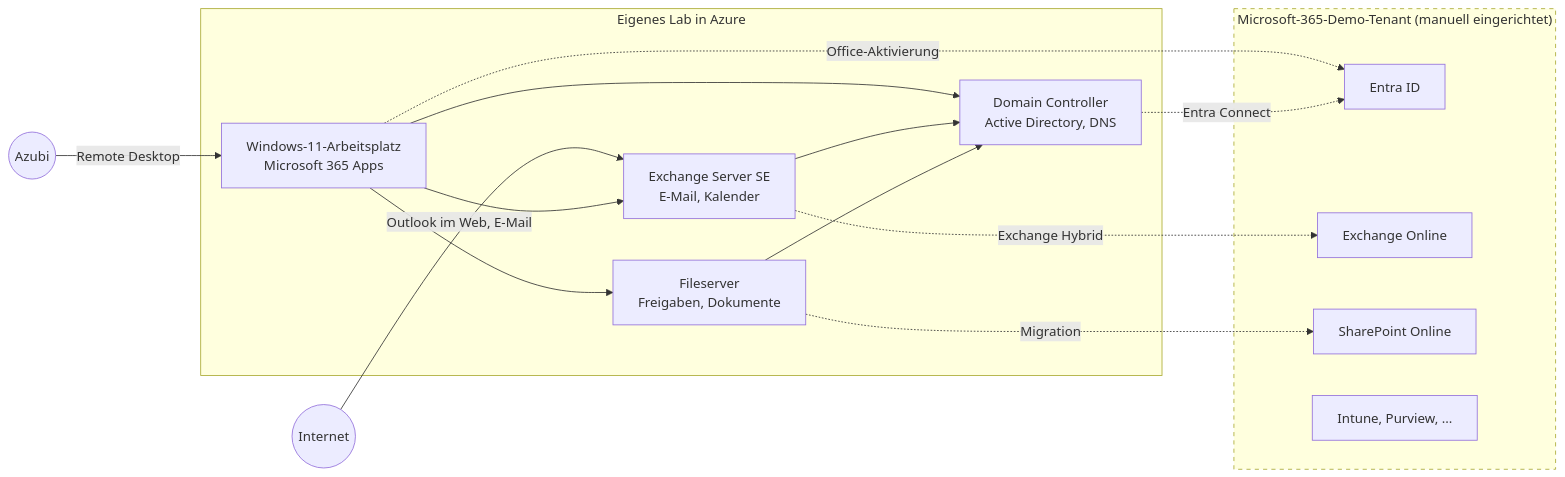
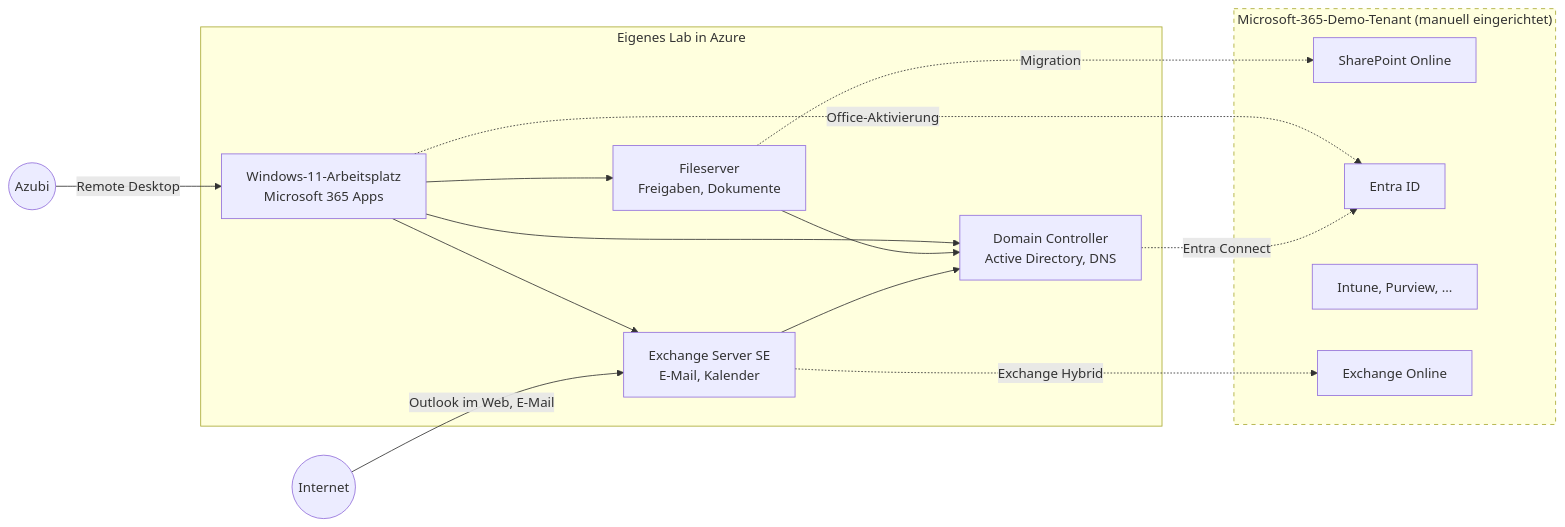
Before and after one commit to sredlin/TraineeLab: the second of 2 diagrams in readme.md, drawn with Mermaid. The commit also changed other lines of this file, not shown here.

First line of the commit message:
docs(readme): order diagram nodes so the internet edge does not cross

````diff
--- a/readme.md
+++ b/readme.md
@@ -215,27 +215,27 @@
 ```mermaid
 flowchart LR
+    subgraph LAB[Eigenes Lab in Azure]
+        CL[Windows-11-Arbeitsplatz<br/>Microsoft 365 Apps]
+        FS[Fileserver<br/>Freigaben, Dokumente]
+        DC[Domain Controller<br/>Active Directory, DNS]
+        EX[Exchange Server SE<br/>E-Mail, Kalender]
+        CL --> FS
+        CL --> DC
+        CL --> EX
+        FS --> DC
+        EX --> DC
+    end
+    subgraph M365["Microsoft-365-Demo-Tenant (manuell eingerichtet)"]
+        SPO[SharePoint Online]
+        ENTRA[Entra ID]
+        MORE["Intune, Purview, ..."]
+        EXO[Exchange Online]
+    end
     AZUBI((Azubi)) -->|Remote Desktop| CL
     INTERNET((Internet)) -->|Outlook im Web, E-Mail| EX
-    subgraph LAB[Eigenes Lab in Azure]
-        CL[Windows-11-Arbeitsplatz<br/>Microsoft 365 Apps]
-        DC[Domain Controller<br/>Active Directory, DNS]
-        EX[Exchange Server SE<br/>E-Mail, Kalender]
-        FS[Fileserver<br/>Freigaben, Dokumente]
-        CL --> EX
-        CL --> FS
-        CL --> DC
-        EX --> DC
-        FS --> DC
-    end
-    subgraph M365["Microsoft-365-Demo-Tenant (manuell eingerichtet)"]
-        ENTRA[Entra ID]
-        EXO[Exchange Online]
-        SPO[SharePoint Online]
-        MORE["Intune, Purview, ..."]
-    end
+    FS -.->|Migration| SPO
     CL -.->|Office-Aktivierung| ENTRA
     DC -.->|Entra Connect| ENTRA
     EX -.->|Exchange Hybrid| EXO
-    FS -.->|Migration| SPO
     style M365 stroke-dasharray: 5 5
 ```
````
